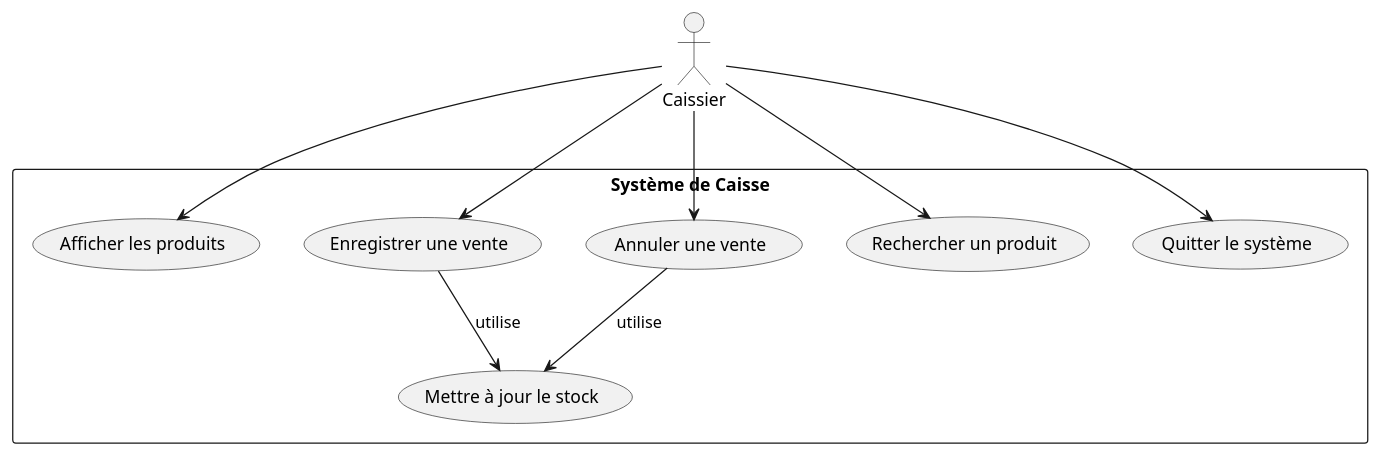
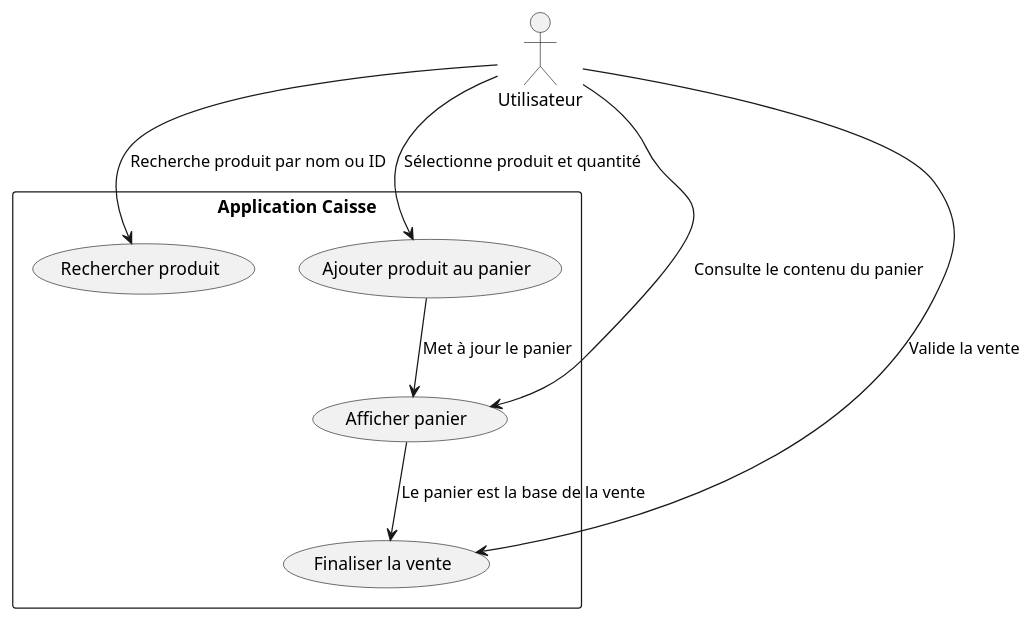
Before and after one commit to CedricBosseETS/Lab0_CedricBosse: the diagram in docs/UML/useCaseScenarios.puml, drawn with PlantUML. The commit also changed 10 other files, not shown here.

```diff
--- a/docs/UML/useCaseScenarios.puml
+++ b/docs/UML/useCaseScenarios.puml
@@ -1,24 +1,19 @@
 @startuml
-actor Caissier
+actor "Utilisateur" as User
 
-rectangle "Système de Caisse" {
-
-    usecase "Afficher les produits" as UC1
-    usecase "Enregistrer une vente" as UC2
-    usecase "Annuler une vente" as UC3
-    usecase "Rechercher un produit" as UC4
-    usecase "Quitter le système" as UC5
-
-    usecase "Mettre à jour le stock" as UC6
-
-    Caissier --> UC1
-    Caissier --> UC2
-    Caissier --> UC3
-    Caissier --> UC4
-    Caissier --> UC5
-
-    UC2 --> UC6 : utilise
-    UC3 --> UC6 : utilise
+rectangle "Application Caisse" {
+  usecase "Rechercher produit" as UC1
+  usecase "Ajouter produit au panier" as UC2
+  usecase "Afficher panier" as UC3
+  usecase "Finaliser la vente" as UC4
 }
 
+User --> UC1 : Recherche produit par nom ou ID
+User --> UC2 : Sélectionne produit et quantité
+User --> UC3 : Consulte le contenu du panier
+User --> UC4 : Valide la vente
+
+UC2 --> UC3 : Met à jour le panier
+UC3 --> UC4 : Le panier est la base de la vente
+
 @enduml
```
